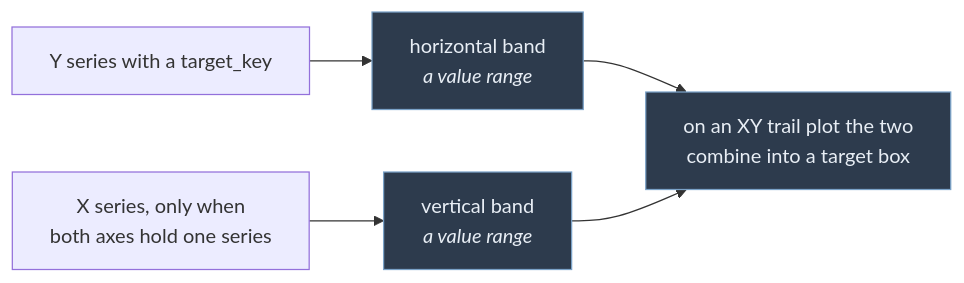
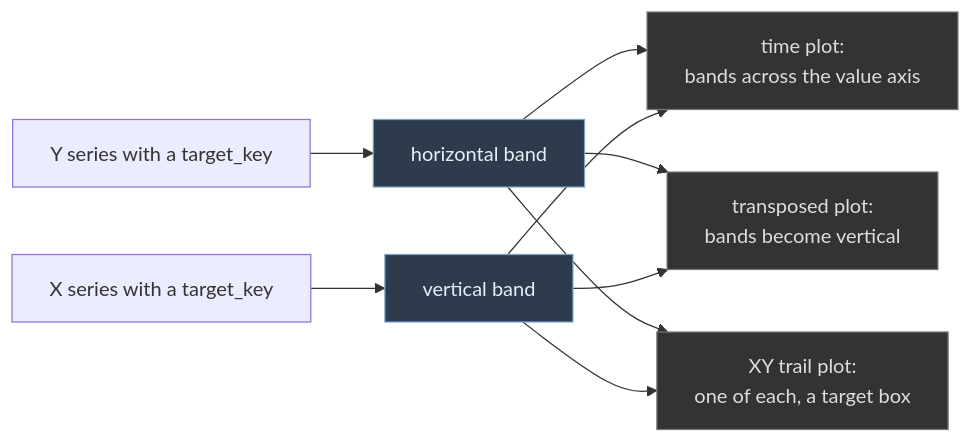
The third of 3 diagrams in src/ui/plot/layers/README.md (fabstr/voicevis), drawn with Mermaid before and after one commit. The commit also changed other lines of this file and 19 other files, not shown here.

Commit message:
can have time on the y axis

````diff
--- a/src/ui/plot/layers/README.md
+++ b/src/ui/plot/layers/README.md
@@ -110,10 +120,17 @@
 ```mermaid
 graph LR
-    Y["Y series with a target_key"] --> H["horizontal band<br/><i>a value range</i>"]
-    X["X series, only when<br/>both axes hold one series"] --> V["vertical band<br/><i>a value range</i>"]
-    H --> BOX["on an XY trail plot the two<br/>combine into a target box"]
-    V --> BOX
+    Y["Y series with a target_key"] --> H["horizontal band"]
+    X["X series with a target_key"] --> V["vertical band"]
+
+    H --> N["time plot:<br/>bands across the value axis"]
+    V --> N
+    H --> T["transposed plot:<br/>bands become vertical"]
+    V --> T
+    H --> B["XY trail plot:<br/>one of each, a target box"]
+    V --> B
 
     classDef l fill:#2d3b4d,stroke:#7aa2c8,color:#e8eef5
-    class H,V,BOX l
+    class H,V l
+    classDef c fill:#333,stroke:#777,color:#ddd
+    class N,T,B c
 ```
````
